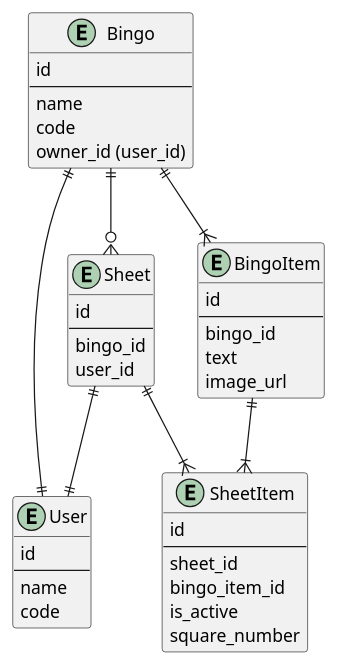
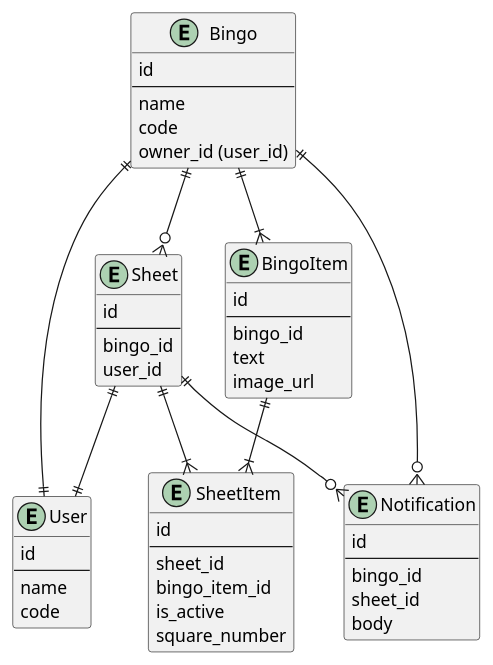
Before and after one commit to bravo-dev/bingo_web_old: the diagram in docs/erd.pu, drawn with PlantUML.

Commit message:
Update er diagram

```diff
--- a/docs/erd.pu
+++ b/docs/erd.pu
@@ -1,49 +1,59 @@
 @startuml
 
 entity User {
     id
     ---
     name
     code
 }
 
 entity Bingo {
     id
     ---
     name
     code
     owner_id (user_id)
 }
 
 entity Sheet {
     id
     ---
     bingo_id
     user_id
 }
 
 entity BingoItem {
     id
     ---
     bingo_id
     text
     image_url
 }
 
 entity SheetItem {
     id
     ---
     sheet_id
     bingo_item_id
     is_active
     square_number
 }
 
+entity Notification {
+    id
+    ---
+    bingo_id
+    sheet_id
+    body
+}
+
 Bingo ||--o{ Sheet
 Sheet ||--|| User
 Bingo ||--|| User
 Bingo ||--|{ BingoItem
 Sheet ||--|{ SheetItem
 BingoItem ||--|{ SheetItem
+Bingo ||--o{ Notification
+Sheet ||--o{ Notification
 
 @enduml
```
